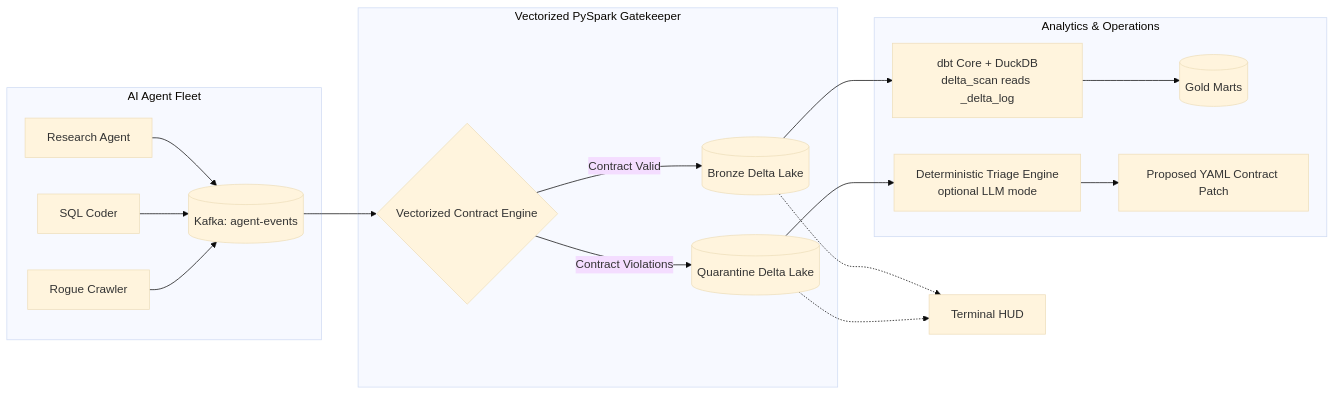
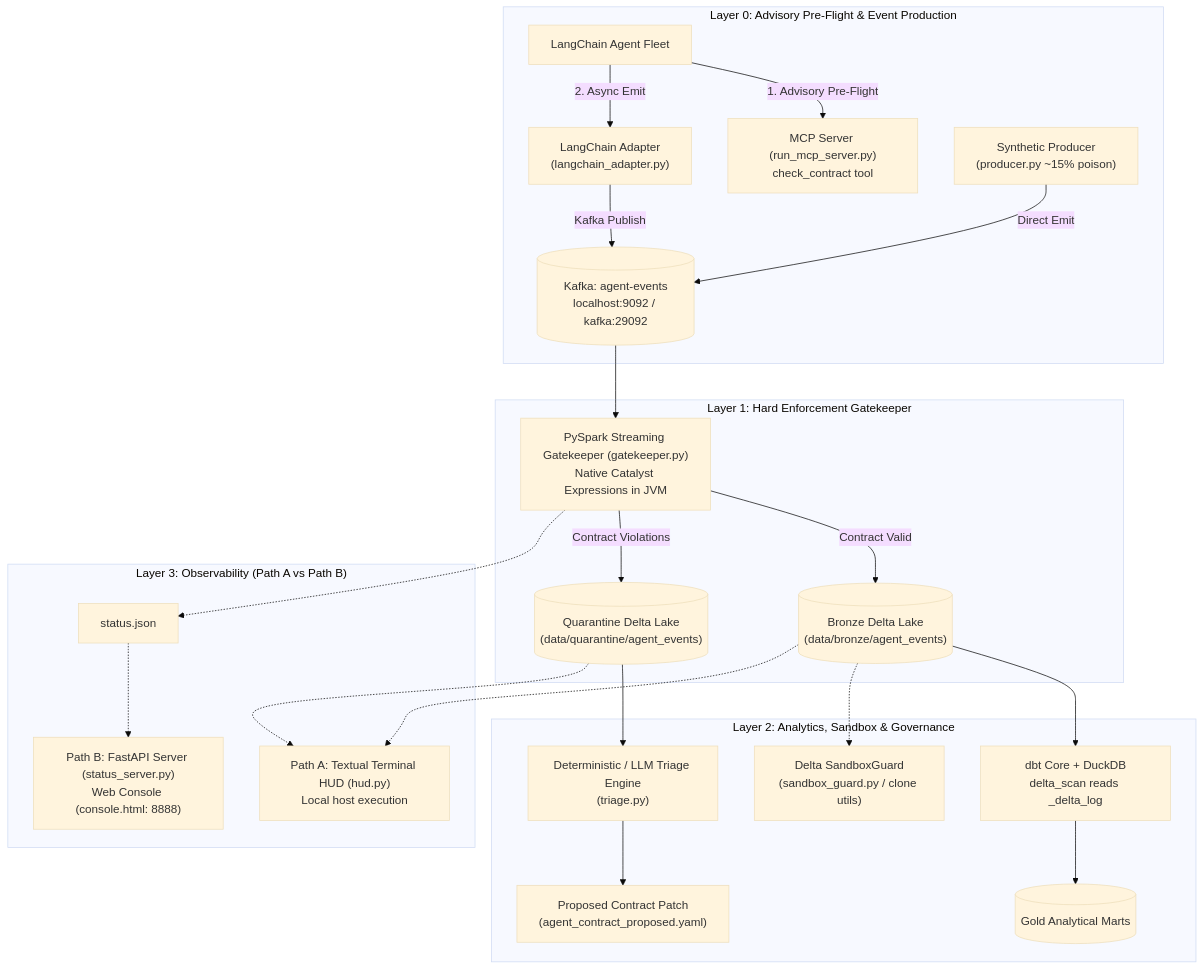
The diagram in README.md (laila-kz/Agentic-Delta-Guard), drawn with Mermaid (base theme) before and after one commit. The commit also changed other lines of this file and 4 other files, not shown here.

Commit message:
fix stale throughput figure and audit inconsistencies

````diff
--- a/README.md
+++ b/README.md
@@ -28,24 +36,29 @@
 ```mermaid
-flowchart LR
-    subgraph Producers ["AI Agent Fleet"]
-        A1[Research Agent] --> Kafka[(Kafka: agent-events)]
-        A2[SQL Coder] --> Kafka
-        A3[Rogue Crawler] --> Kafka
+flowchart TD
+    subgraph Layer0 ["Layer 0: Advisory Pre-Flight & Event Production"]
+        LC[LangChain Agent Fleet] -->|1. Advisory Pre-Flight| MCP["MCP Server (run_mcp_server.py)\ncheck_contract tool"]
+        LC -->|2. Async Emit| LCProd["LangChain Adapter\n(langchain_adapter.py)"]
+        Synth["Synthetic Producer\n(producer.py ~15% poison)"] -->|Direct Emit| Kafka[(Kafka: agent-events\nlocalhost:9092 / kafka:29092)]
+        LCProd -->|Kafka Publish| Kafka
     end
 
-    subgraph Gateway ["Vectorized PySpark Gatekeeper"]
-        Kafka --> Engine{Vectorized Contract Engine}
-        Engine -->|Contract Valid| Bronze[(Bronze Delta Lake)]
-        Engine -->|Contract Violations| Quarantine[(Quarantine Delta Lake)]
+    subgraph Layer1 ["Layer 1: Hard Enforcement Gatekeeper"]
+        Kafka --> Engine["PySpark Streaming Gatekeeper (gatekeeper.py)\nNative Catalyst Expressions in JVM"]
+        Engine -->|Contract Valid| Bronze[("Bronze Delta Lake\n(data/bronze/agent_events)")]
+        Engine -->|Contract Violations| Quarantine[("Quarantine Delta Lake\n(data/quarantine/agent_events)")]
     end
 
-    subgraph Analytics ["Analytics & Operations"]
+    subgraph Layer2 ["Layer 2: Analytics, Sandbox & Governance"]
         Bronze --> DBT["dbt Core + DuckDB\ndelta_scan reads _delta_log"]
-        DBT --> Gold[(Gold Marts)]
-        Quarantine --> Triage["Deterministic Triage Engine\noptional LLM mode"]
-        Triage --> Patch[Proposed YAML Contract Patch]
+        DBT --> Gold[("Gold Analytical Marts")]
+        Bronze -.-> Sandbox["Delta SandboxGuard\n(sandbox_guard.py / clone utils)"]
+        Quarantine --> Triage["Deterministic / LLM Triage Engine\n(triage.py)"]
+        Triage --> Patch["Proposed Contract Patch\n(agent_contract_proposed.yaml)"]
     end
 
-    Bronze -.-> HUD[Terminal HUD]
-    Quarantine -.-> HUD
+    subgraph Layer3 ["Layer 3: Observability (Path A vs Path B)"]
+        Bronze & Quarantine -.-> HUD["Path A: Textual Terminal HUD (hud.py)\nLocal host execution"]
+        Engine -.-> StatusFile["status.json"]
+        StatusFile -.-> Web["Path B: FastAPI Server (status_server.py)\nWeb Console (console.html: 8888)"]
+    end
 ```
````
